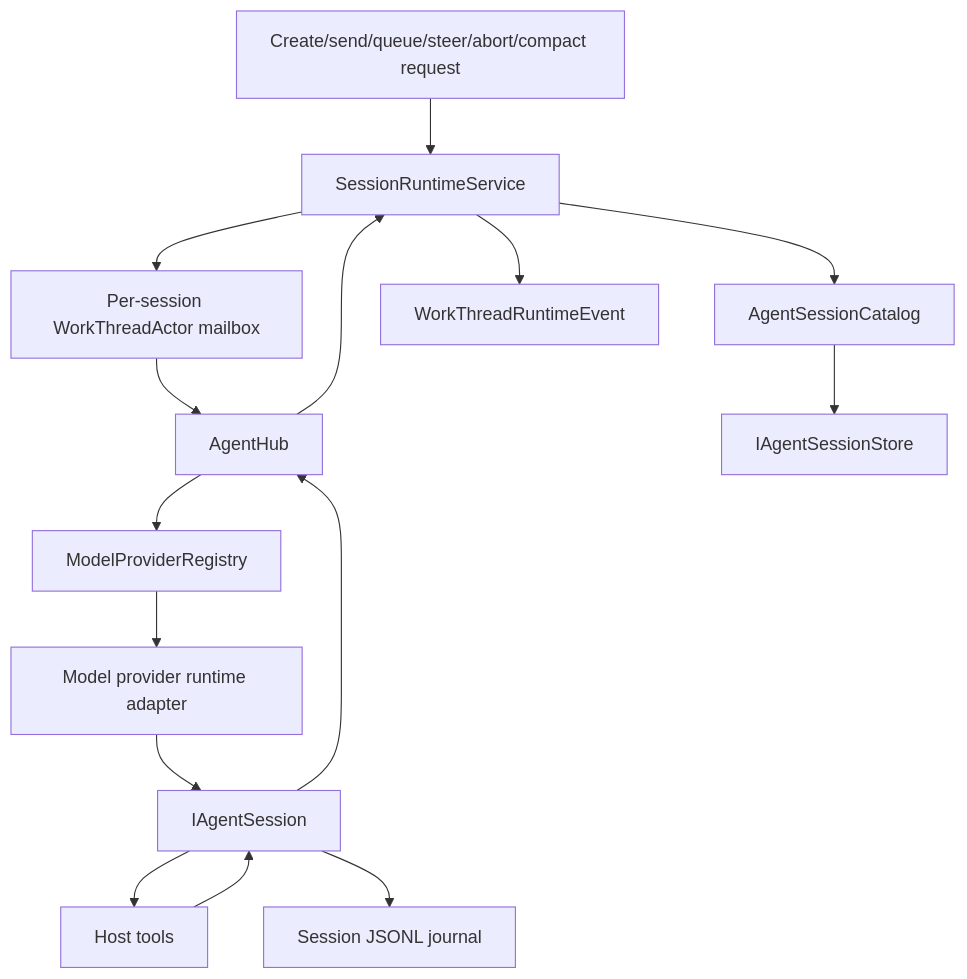
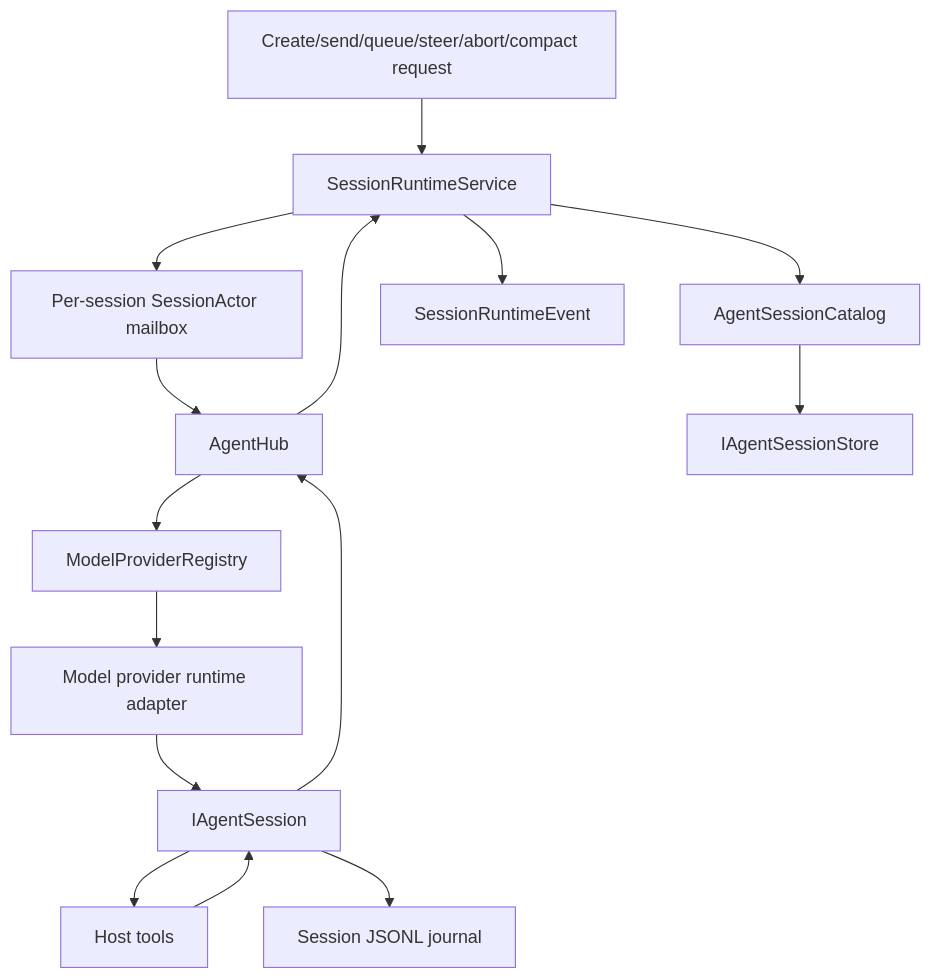
The diagram in doc/runtime.md (DavidAlphaFox/CodeAlta), drawn with Mermaid before and after one commit. The commit also changed other lines of this file and 422 other files, not shown here.

````diff
--- a/doc/runtime.md
+++ b/doc/runtime.md
@@ -7,30 +7,30 @@
 ```mermaid
 flowchart TD
     Request[Create/send/queue/steer/abort/compact request]
     Service[SessionRuntimeService]
-    Actor[Per-session WorkThreadActor mailbox]
+    Actor[Per-session SessionActor mailbox]
     Hub[AgentHub]
     Registry[ModelProviderRegistry]
     Provider[Model provider runtime adapter]
     Session[IAgentSession]
     Catalog[AgentSessionCatalog]
     Store[IAgentSessionStore]
     Tools[Host tools]
     Journal[Session JSONL journal]
-    RuntimeEvents[WorkThreadRuntimeEvent]
+    RuntimeEvents[SessionRuntimeEvent]
 
     Request --> Service
     Service --> Actor
     Actor --> Hub
     Hub --> Registry
     Registry --> Provider
     Provider --> Session
     Session --> Tools
     Tools --> Session
     Session --> Journal
     Catalog --> Store
     Service --> Catalog
     Session --> Hub
     Hub --> Service
     Service --> RuntimeEvents
 ```
````
